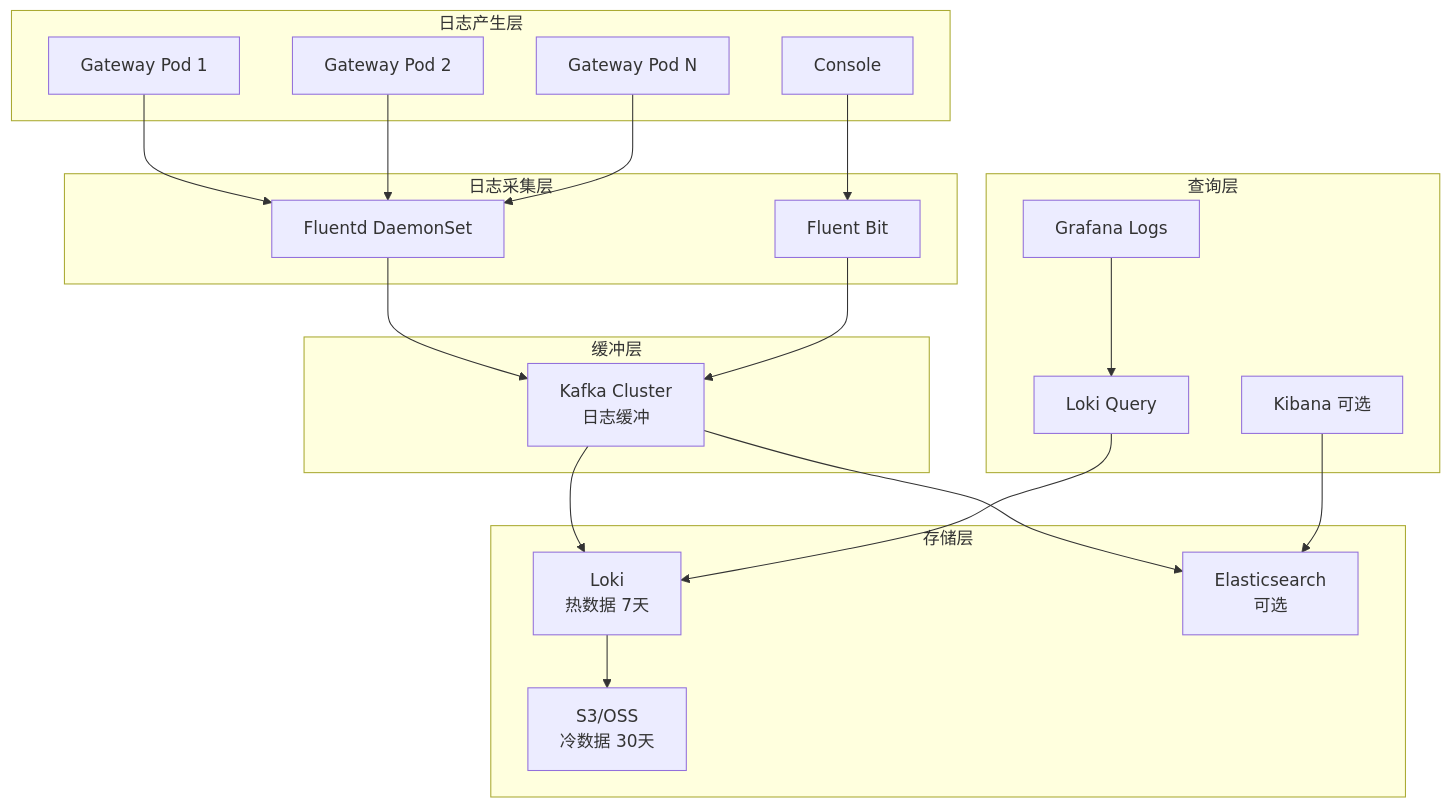
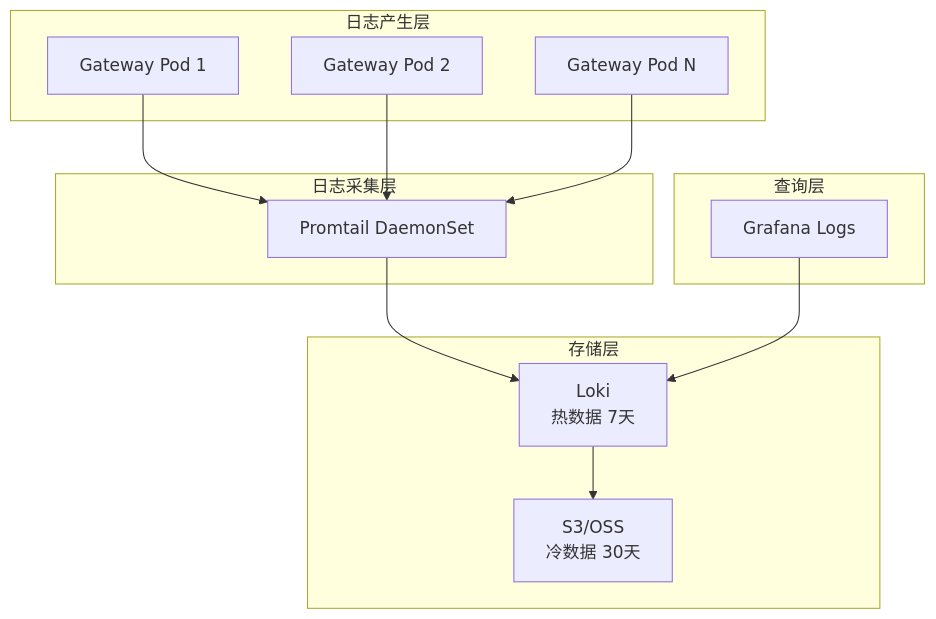
The fourth of 8 diagrams in src/content/docs/api-gateway/higress/79731151-higress-observability-architecture-guide.md (wssaidong/caishaodong.blog), drawn with Mermaid before and after one commit. The commit also changed other lines of this file and 1 other file, not shown here.

````diff
--- a/src/content/docs/api-gateway/higress/79731151-higress-observability-architecture-guide.md
+++ b/src/content/docs/api-gateway/higress/79731151-higress-observability-architecture-guide.md
@@ -945,47 +512,28 @@
 ```mermaid
 flowchart TB
     subgraph "日志产生层"
         GW1[Gateway Pod 1]
         GW2[Gateway Pod 2]
         GWN[Gateway Pod N]
-        Console[Console]
     end
-    
+
     subgraph "日志采集层"
-        Fluentd[Fluentd DaemonSet]
-        FluentBit[Fluent Bit]
+        Promtail[Promtail DaemonSet]
     end
-    
-    subgraph "缓冲层"
-        Kafka[Kafka Cluster<br/>日志缓冲]
-    end
-    
+
     subgraph "存储层"
         Loki[Loki<br/>热数据 7天]
-        ES[Elasticsearch<br/>可选]
         S3[S3/OSS<br/>冷数据 30天]
     end
-    
+
     subgraph "查询层"
-        LokiQ[Loki Query]
         Grafana[Grafana Logs]
-        Kibana[Kibana 可选]
     end
-    
-    GW1 --> Fluentd
-    GW2 --> Fluentd
-    GWN --> Fluentd
-    Console --> FluentBit
-    
-    Fluentd --> Kafka
-    FluentBit --> Kafka
-    
-    Kafka --> Loki
-    Kafka --> ES
-    
+
+    GW1 --> Promtail
+    GW2 --> Promtail
+    GWN --> Promtail
+    Promtail --> Loki
     Loki --> S3
-    
-    LokiQ --> Loki
-    Grafana --> LokiQ
-    Kibana --> ES
+    Grafana --> Loki
 ```
````
